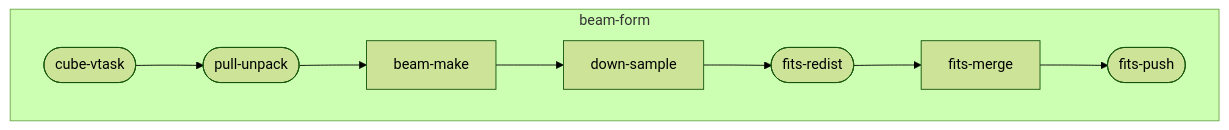
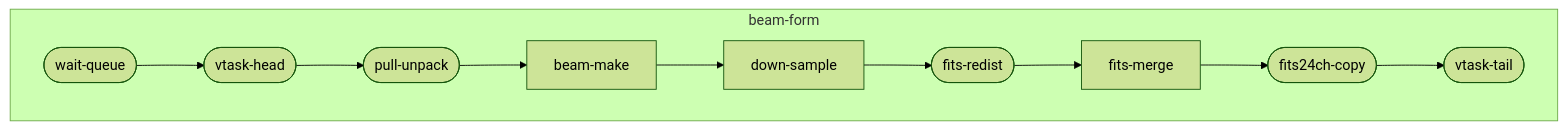
Before and after one commit to kaichao/app-mwa: the diagram in pipelines/beam-form/app/README.md, drawn with Mermaid (forest theme). The commit also changed other lines of this file and 33 other files, not shown here.

Commit message:
Add full vtask-support to pipelines/beam-form/app.

````diff
--- a/pipelines/beam-form/app/README.md
+++ b/pipelines/beam-form/app/README.md
@@ -3,11 +3,13 @@
 ```mermaid
 flowchart TD
   subgraph beam-form
-    A([cube-vtask]) --> B([pull-unpack])
-    B --> C[beam-make]
-    C --> D[down-sample]
-    D --> E([fits-redist])
-    E --> F[fits-merge]
-    F --> G([fits-push])
+    A([wait-queue]) --> B([vtask-head])
+    B --> C([pull-unpack])
+    C --> D[beam-make]
+    D --> E[down-sample]
+    E --> F([fits-redist])
+    F --> G[fits-merge]
+    G --> H([fits24ch-copy])
+    H --> I([vtask-tail])
   end
 ```
````
